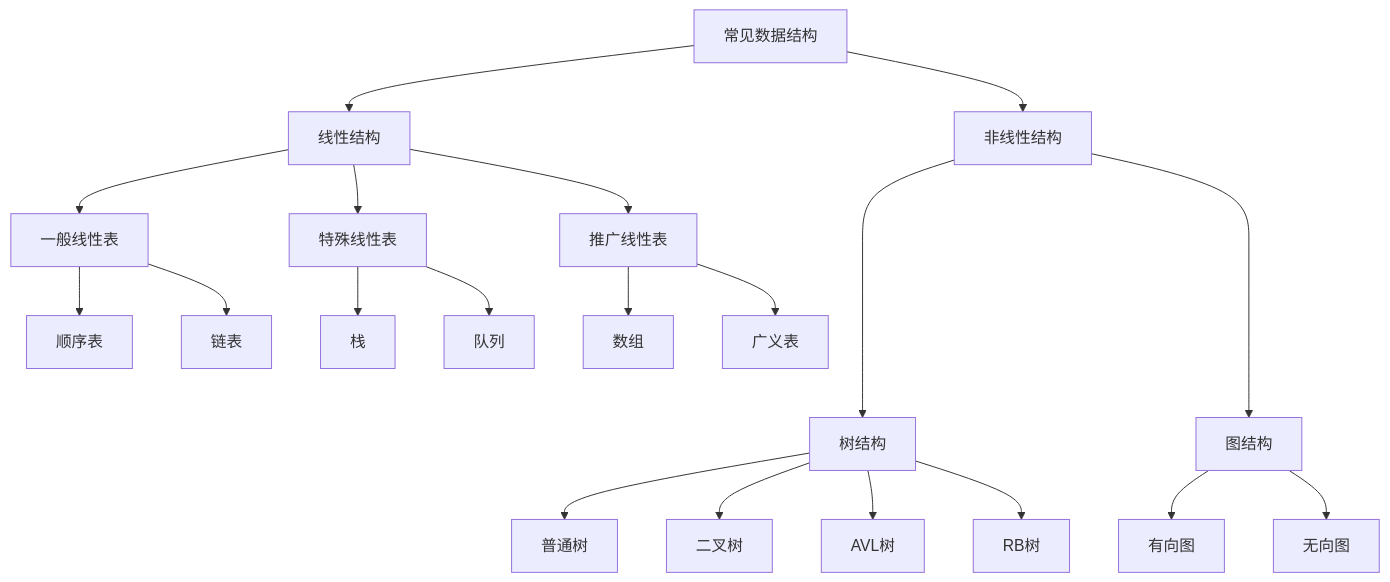
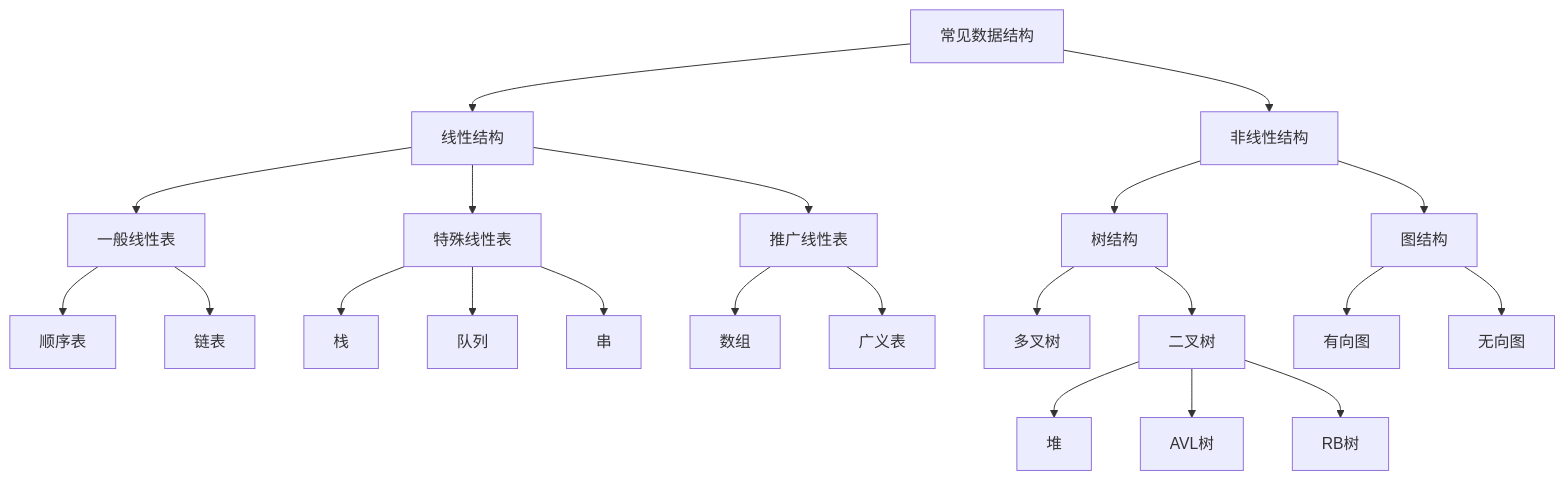
Before and after one commit to xiaogithubooo/LimouLearnNote: the diagram in CppNote/C编程语言/进阶/001+limou+2023_10_17+数据结构和算法基础.md, drawn with Mermaid. The commit also changed 6 other files, not shown here.

````diff
--- a/CppNote/C编程语言/进阶/001+limou+2023_10_17+数据结构和算法基础.md
+++ b/CppNote/C编程语言/进阶/001+limou+2023_10_17+数据结构和算法基础.md
@@ -61,40 +61,20 @@
 ```mermaid
 flowchart TD
-A --> B & C
+A["常见数据结构"] --> B["线性结构"] & C["非线性结构"]
 
-B --> D & E & F
-D --> G & H
-E --> I & J
-F --> K & L
+B --> B1["一般线性表"] & B2["特殊线性表"] & B3["推广线性表"]
 
-C ----> M & N
-M --> O & P & Q & R 
-N --> S & T
+B1 --> B11["顺序表"] & B12["链表"]
 
-A["常见数据结构"]
-B["线性结构"]
-C["非线性结构"]
-D["一般线性表"]
-E["特殊线性表"]
-F["推广线性表"]
+B2 --> B21["栈"] & B22["队列"] & B23["串"]
 
-G["顺序表"]
-H["链表"]
+B3 --> B31["数组"] & B32["广义表"]
 
-I["栈"]
-J["队列"]
+C --> C1["树结构"] & C2["图结构"]
 
-K["数组"]
-L["广义表"]
+C1 --> C11["多叉树"] & C12["二叉树"] 
 
-M["树结构"]
-N["图结构"]
+C12 --> C121["堆"] & C122["AVL树"] & C123["RB树"]
 
-O["普通树"]
-P["二叉树"]
-Q["AVL树"]
-R["RB树"]
-
-S["有向图"]
-T["无向图"]
+C2 --> C21["有向图"] & C22["无向图"]
 ```
````
